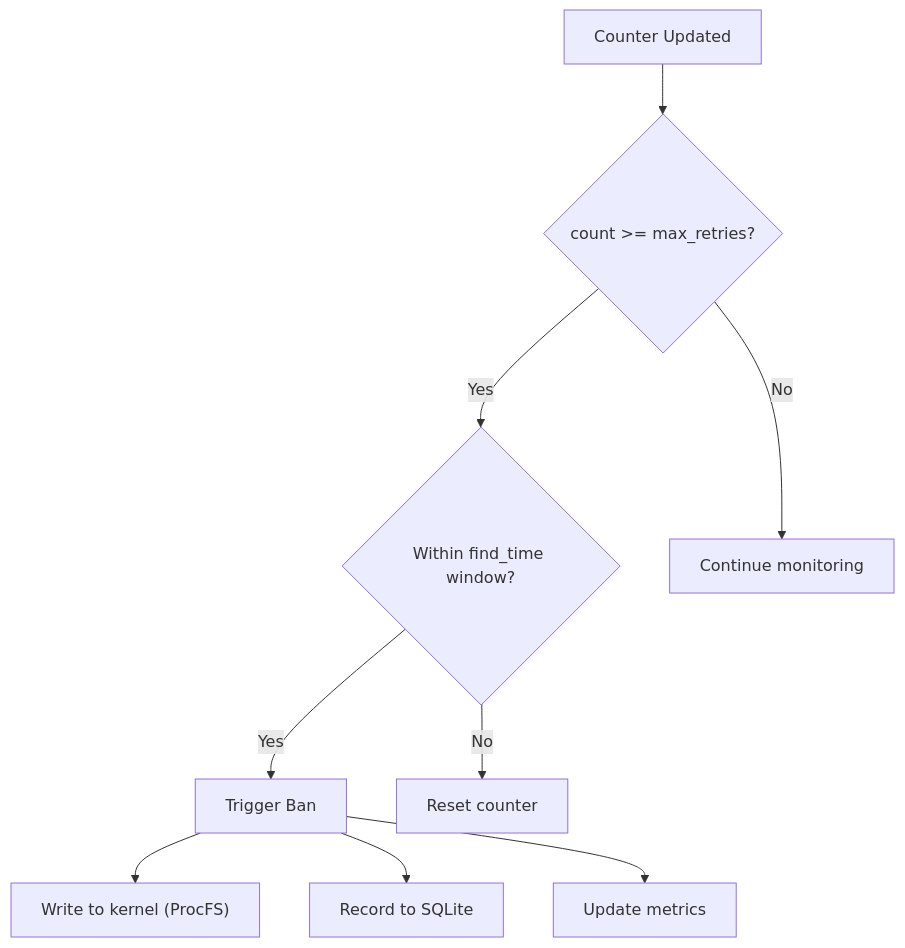
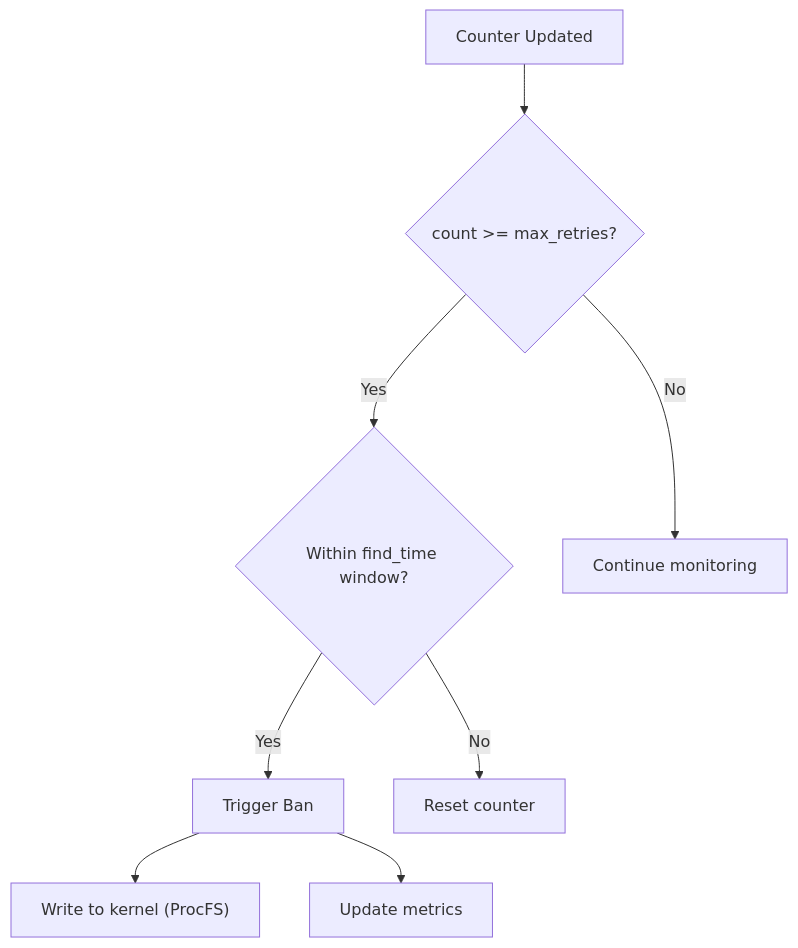
Before and after one commit to SnowCore8/linux-firewall-kmod: the fifth of 7 diagrams in docs/en/architecture/daemon.md, drawn with Mermaid. The commit also changed other lines of this file and 39 other files, not shown here.

````diff
--- a/docs/en/architecture/daemon.md
+++ b/docs/en/architecture/daemon.md
@@ -216,11 +209,10 @@
 ```mermaid
 graph TB
     A["Counter Updated"] --> B{"count >= max_retries?"}
     B -->|Yes| C{"Within find_time window?"}
     C -->|Yes| D["Trigger Ban"]
     D --> E["Write to kernel (ProcFS)"]
-    D --> F["Record to SQLite"]
     D --> G["Update metrics"]
     C -->|No| H["Reset counter"]
     B -->|No| I["Continue monitoring"]
 ```
````
